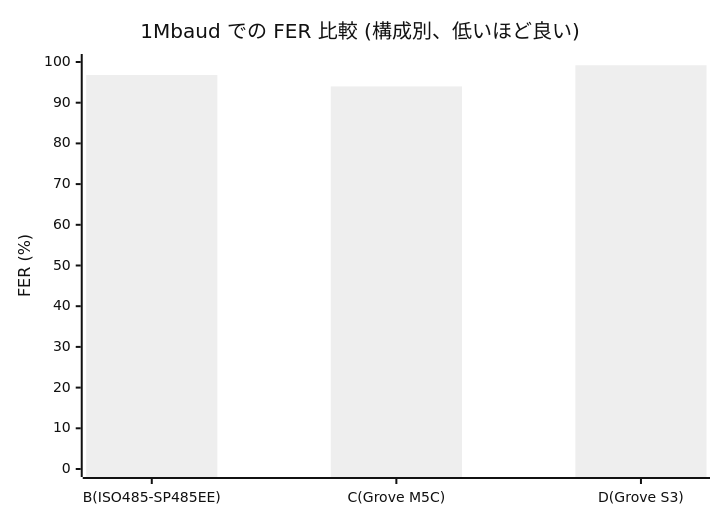
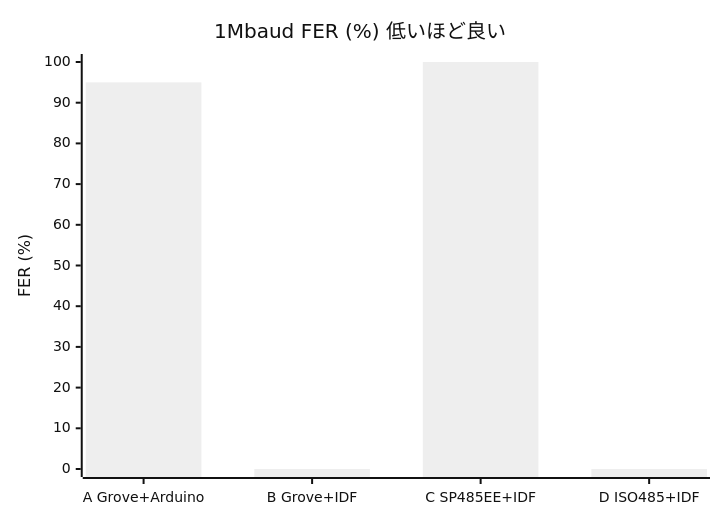
One commit to uecken/RS485_1Mbaud_test changed the second of 2 diagrams in doc/202604092200_RS485-baudrate-eval-results.md. Above: the diagram before and after it, drawn with Mermaid (neutral theme). The commit also changed other lines of this file, not shown here.

First line of the commit message:
doc: focus on '1Mbaud condition matrix' — remove 5 per-config baud sweep graphs

````diff
--- a/doc/202604092200_RS485-baudrate-eval-results.md
+++ b/doc/202604092200_RS485-baudrate-eval-results.md
@@ -117,7 +190,7 @@
 ```mermaid
 xychart-beta
-    title "1Mbaud での FER 比較 (構成別、低いほど良い)"
-    x-axis ["B(ISO485-SP485EE)", "C(Grove M5C)", "D(Grove S3)"]
+    title "1Mbaud FER (%) 低いほど良い"
+    x-axis ["A Grove+Arduino", "B Grove+IDF", "C SP485EE+IDF", "D ISO485+IDF"]
     y-axis "FER (%)" 0 --> 100
-    bar [96.8, 94, 99.2]
+    bar [95, 0, 100, 0]
 ```
````
